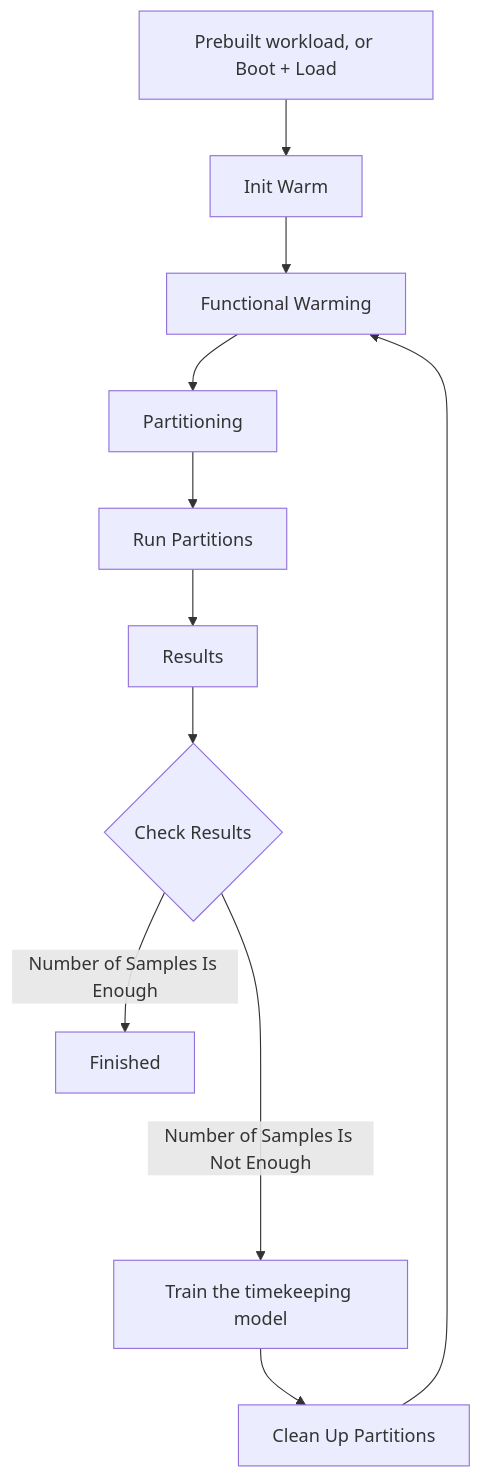
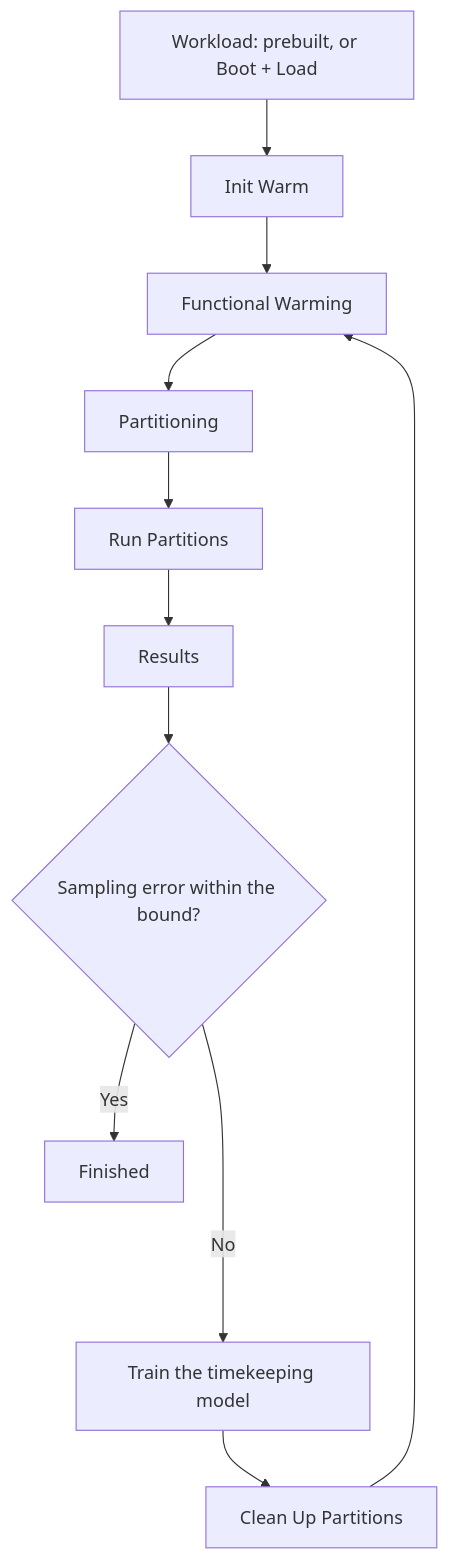
Before and after one commit to parsa-epfl/qflex: the diagram in mk_docs/quickstart.md, drawn with Mermaid. The commit also changed other lines of this file, not shown here.

````diff
--- a/mk_docs/quickstart.md
+++ b/mk_docs/quickstart.md
@@ -16,13 +16,13 @@
 ``` mermaid
 graph TD
-  W[Prebuilt workload, or Boot + Load] --> I[Init Warm];
+  W[Workload: prebuilt, or Boot + Load] --> I[Init Warm];
   I --> F[Functional Warming];
   F --> P[Partitioning];
   P --> RP[Run Partitions];
   RP --> R[Results];
-  R --> C{Check Results};
-  C -->|Number of Samples Is Enough| Fi[Finished];
-  C ---->|Number of Samples Is Not Enough| T[Train the timekeeping model];
+  R --> C{Sampling error within the bound?};
+  C -->|Yes| Fi[Finished];
+  C ---->|No| T[Train the timekeeping model];
   T --> CleanPartition[Clean Up Partitions];
   CleanPartition --> F;
 ```
````
